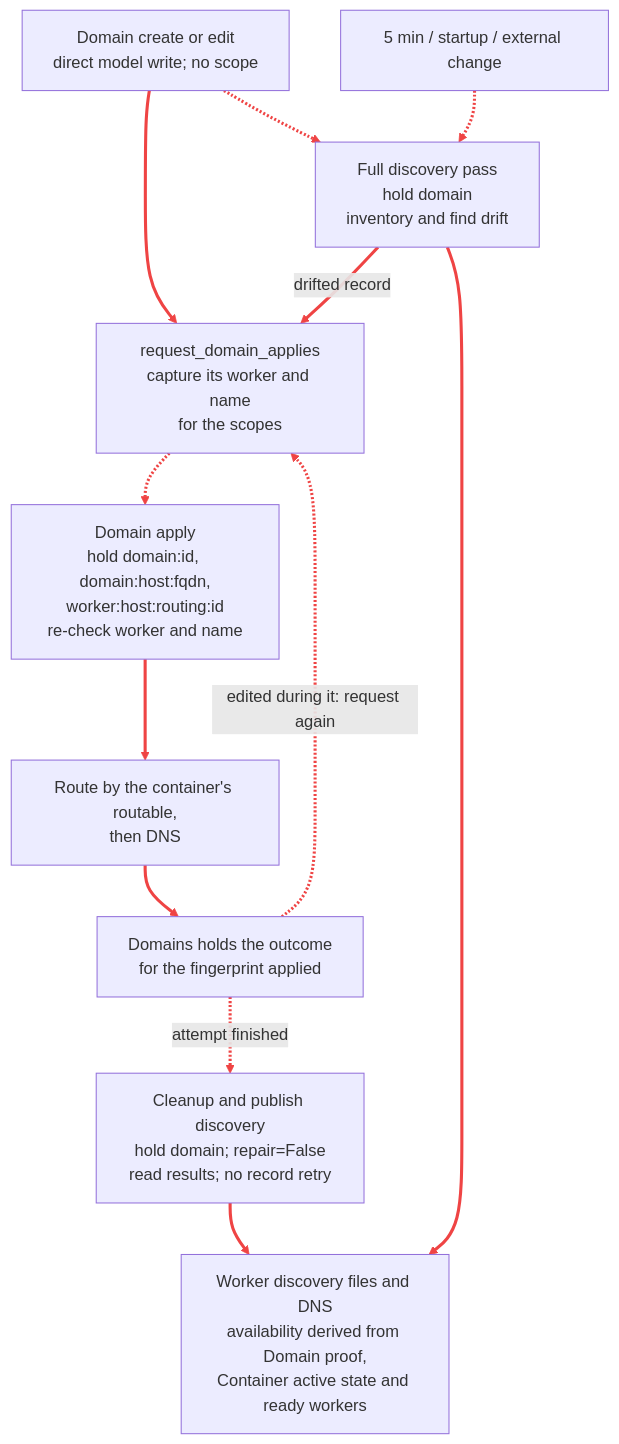
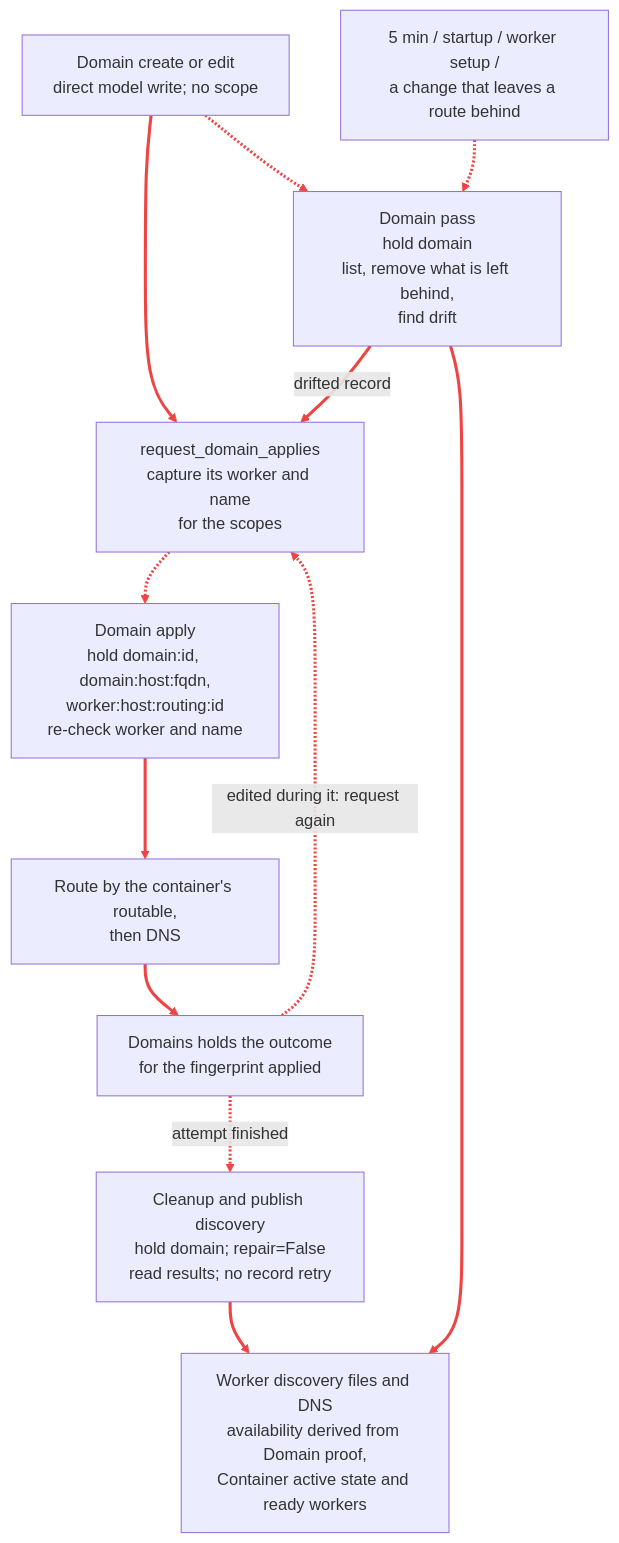
One commit to v31-dev/sage changed the second of 4 diagrams in docs/operations.md. Above: the diagram before and after it, drawn with Mermaid. The commit also changed other lines of this file and 11 other files, not shown here.

````diff
--- a/docs/operations.md
+++ b/docs/operations.md
@@ -222,25 +222,25 @@
 ```mermaid
 %%{init: {"themeVariables": {"lineColor": "#ef4444"}, "themeCSS": ".marker { overflow: visible; } .arrowMarkerPath { stroke-width: 2px !important; } .edge-pattern-dotted { stroke-dasharray: 8 6 !important; }"}}%%
 flowchart TB
     edit["Domain create or edit<br/>direct model write; no scope"]
-    trigger["5 min / startup / external change"]
+    trigger["5 min / startup / worker setup /<br/>a change that leaves a route behind"]
     request["request_domain_applies<br/>capture its worker and name<br/>for the scopes"]
-    parent["Full discovery pass<br/>hold domain<br/>inventory and find drift"]
+    parent["Domain pass<br/>hold domain<br/>list, remove what is left behind,<br/>find drift"]
     child["Domain apply<br/>hold domain:id, domain:host:fqdn,<br/>worker:host:routing:id<br/>re-check worker and name"]
     apply["Route by the container's routable,<br/>then DNS"]
     result["Domains holds the outcome<br/>for the fingerprint applied"]
     publish["Cleanup and publish discovery<br/>hold domain; repair=False<br/>read results; no record retry"]
     output["Worker discovery files and DNS<br/>availability derived from Domain proof,<br/>Container active state and ready workers"]
 
     edit --> request
     edit -.-> parent
     trigger -.-> parent
     parent -->|"drifted record"| request
     request -.-> child
     child --> apply --> result
     result -.->|"edited during it: request again"| request
     result -.->|"attempt finished"| publish
     parent --> output
     publish --> output
     linkStyle default stroke:#ef4444,stroke-width:3px
 ```
````
